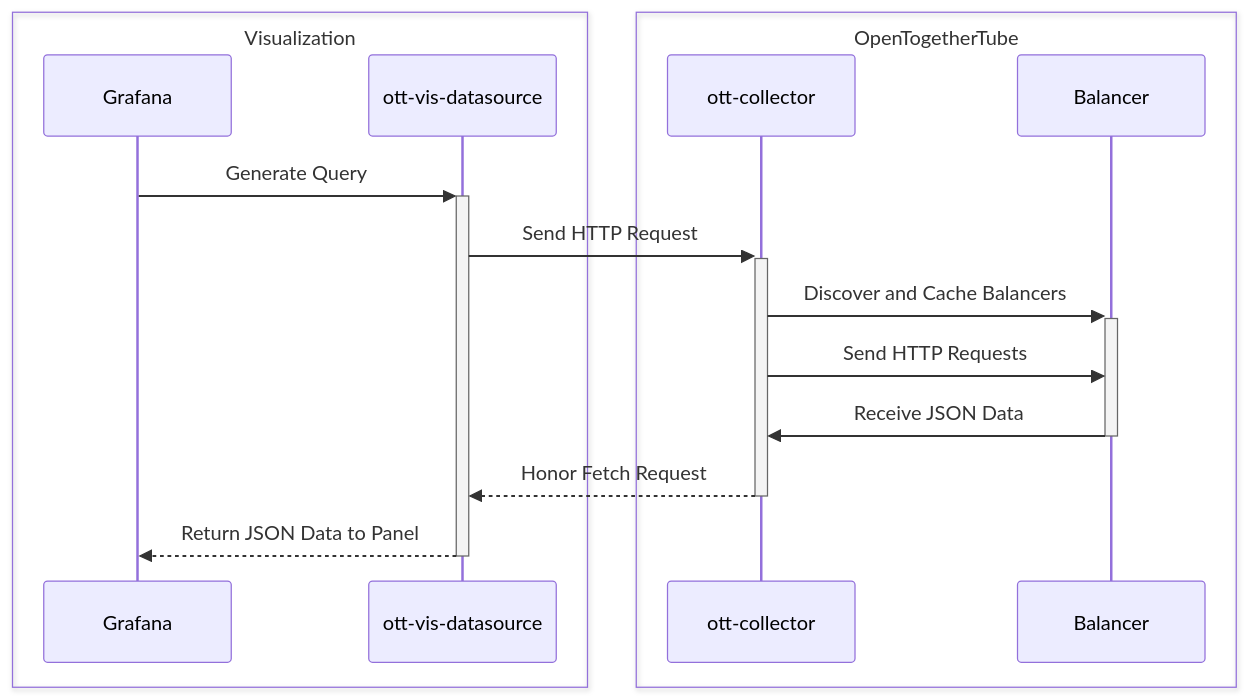
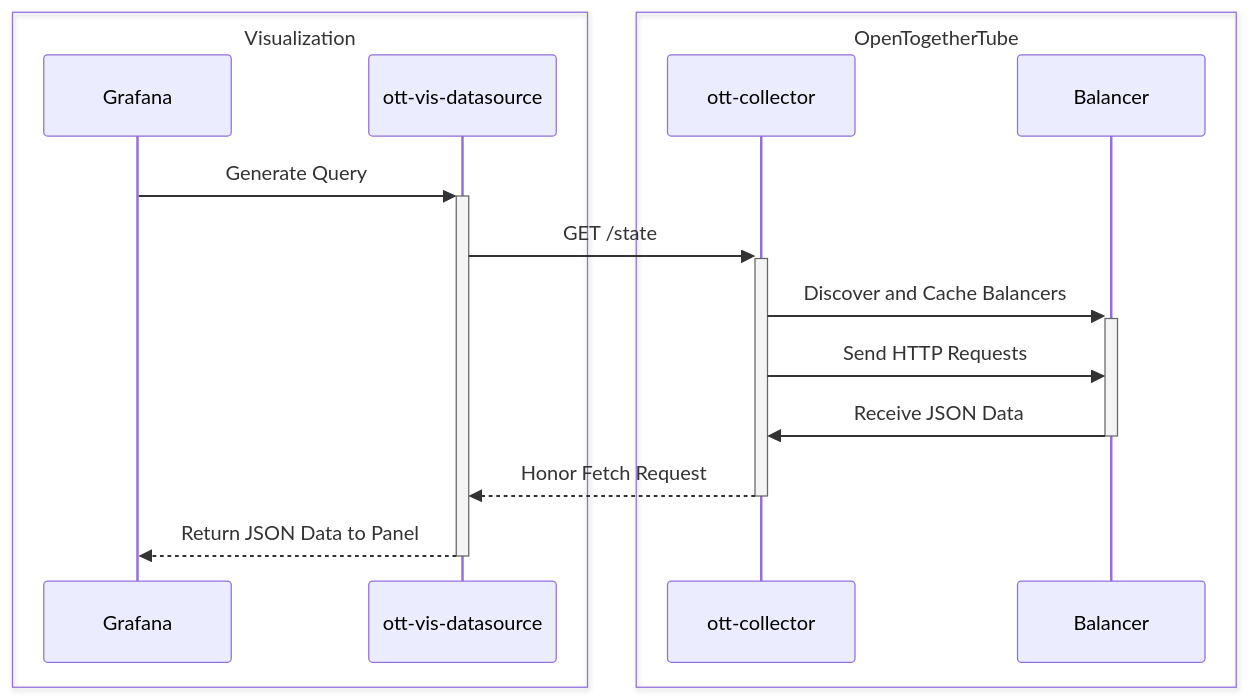
Before and after one commit to dyc3/senior-design: the diagram in figures/vis/visualization-balancer-datasource-sequence.mmd, drawn with Mermaid.

```diff
--- a/figures/vis/visualization-balancer-datasource-sequence.mmd
+++ b/figures/vis/visualization-balancer-datasource-sequence.mmd
@@ -1,18 +1,18 @@
 sequenceDiagram
     box Visualization
     participant Grafana
     participant ott-vis-datasource
     end
 
     box OpenTogetherTube
     participant ott-collector
     participant Balancer
     end
 
     Grafana->>+ott-vis-datasource: Generate Query
-    ott-vis-datasource->>+ott-collector: Send HTTP Request
+    ott-vis-datasource->>+ott-collector: GET /state
     ott-collector->>+Balancer: Discover and Cache Balancers
     ott-collector->>Balancer: Send HTTP Requests
     Balancer->>-ott-collector: Receive JSON Data
     ott-collector-->>-ott-vis-datasource: Honor Fetch Request
     ott-vis-datasource-->>-Grafana: Return JSON Data to Panel
```
